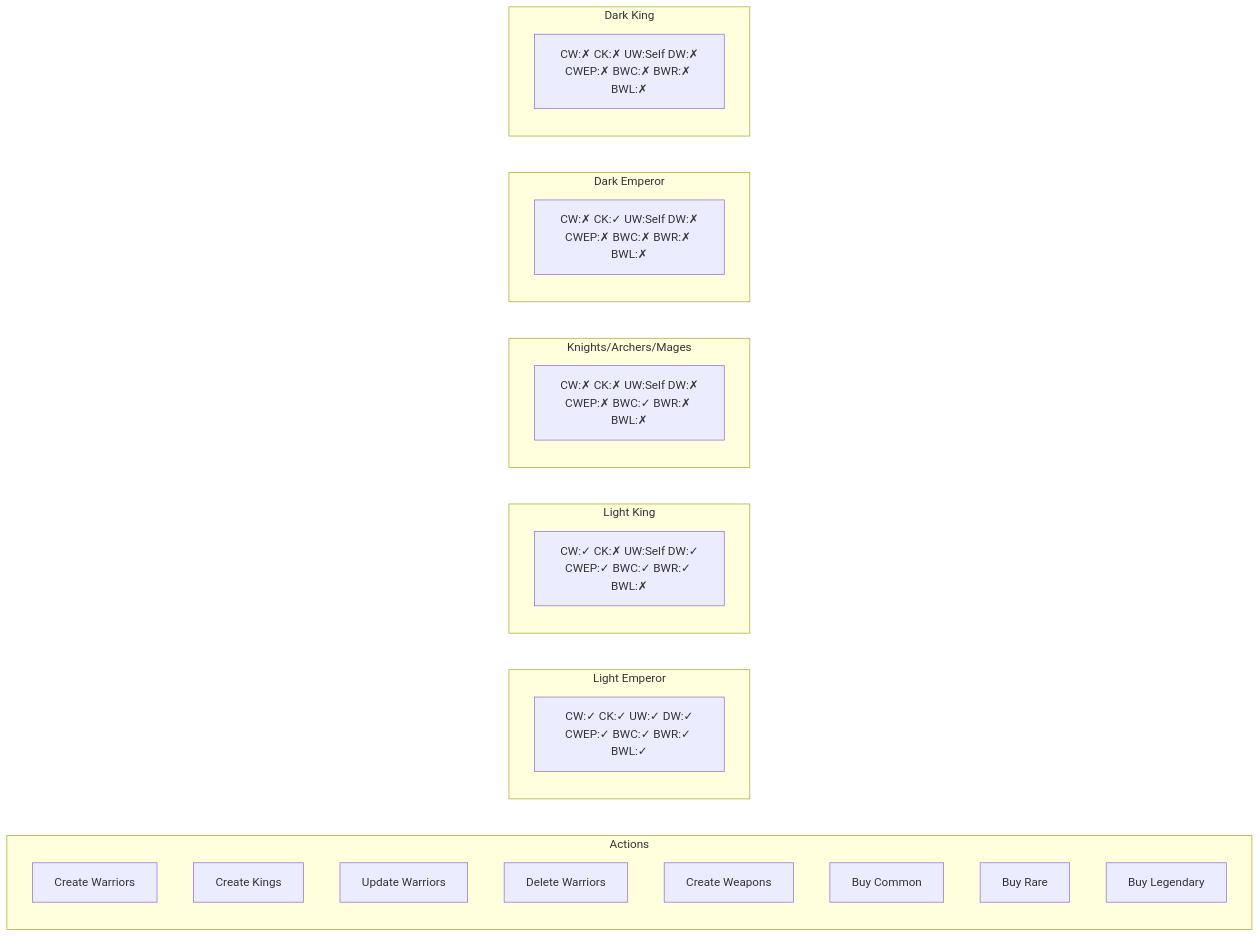
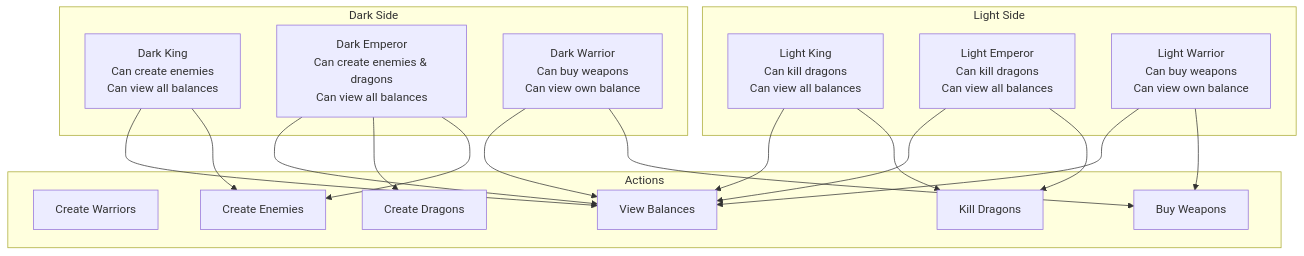
Before and after one commit to tiraten-bot/network-sec-micro: the third of 7 diagrams in README.md, drawn with Mermaid. The commit also changed other lines of this file, not shown here.

Commit message:
Revise README.md to enhance project overview, architecture, service communication, and API endpoints. Update descriptions for microservices, event-driven architecture, and role-based access control, while adding detailed game flow examples and technology stack information.

````diff
--- a/README.md
+++ b/README.md
@@ -150,33 +104,38 @@
 ```mermaid
-graph LR
-    subgraph "Actions"
-        CW[Create Warriors]
-        CK[Create Kings]
-        UW[Update Warriors]
-        DW[Delete Warriors]
-        CWEP[Create Weapons]
-        BWC[Buy Common]
-        BWR[Buy Rare]
-        BWL[Buy Legendary]
+graph TD
+    subgraph "Light Side"
+        LK[Light King<br/>Can kill dragons<br/>Can view all balances]
+        LE[Light Emperor<br/>Can kill dragons<br/>Can view all balances]
+        LW[Light Warrior<br/>Can buy weapons<br/>Can view own balance]
     end
     
-    subgraph "Light Emperor"
-        LE[CW:✓ CK:✓ UW:✓ DW:✓<br/>CWEP:✓ BWC:✓ BWR:✓ BWL:✓]
+    subgraph "Dark Side"
+        DK[Dark King<br/>Can create enemies<br/>Can view all balances]
+        DE[Dark Emperor<br/>Can create enemies & dragons<br/>Can view all balances]
+        DW[Dark Warrior<br/>Can buy weapons<br/>Can view own balance]
     end
     
-    subgraph "Light King"
-        LK[CW:✓ CK:✗ UW:Self DW:✓<br/>CWEP:✓ BWC:✓ BWR:✓ BWL:✗]
+    subgraph "Actions"
+        A1[Create Warriors]
+        A2[Buy Weapons]
+        A3[Create Enemies]
+        A4[Create Dragons]
+        A5[Kill Dragons]
+        A6[View Balances]
     end
     
-    subgraph "Knights/Archers/Mages"
-        WAR[CW:✗ CK:✗ UW:Self DW:✗<br/>CWEP:✗ BWC:✓ BWR:✗ BWL:✗]
-    end
+    LK --> A5
+    LK --> A6
+    LE --> A5
+    LE --> A6
+    LW --> A2
+    LW --> A6
     
-    subgraph "Dark Emperor"
-        DE[CW:✗ CK:✓ UW:Self DW:✗<br/>CWEP:✗ BWC:✗ BWR:✗ BWL:✗]
-    end
-    
-    subgraph "Dark King"
-        DK[CW:✗ CK:✗ UW:Self DW:✗<br/>CWEP:✗ BWC:✗ BWR:✗ BWL:✗]
-    end
+    DK --> A3
+    DK --> A6
+    DE --> A3
+    DE --> A4
+    DE --> A6
+    DW --> A2
+    DW --> A6
 ```
````
